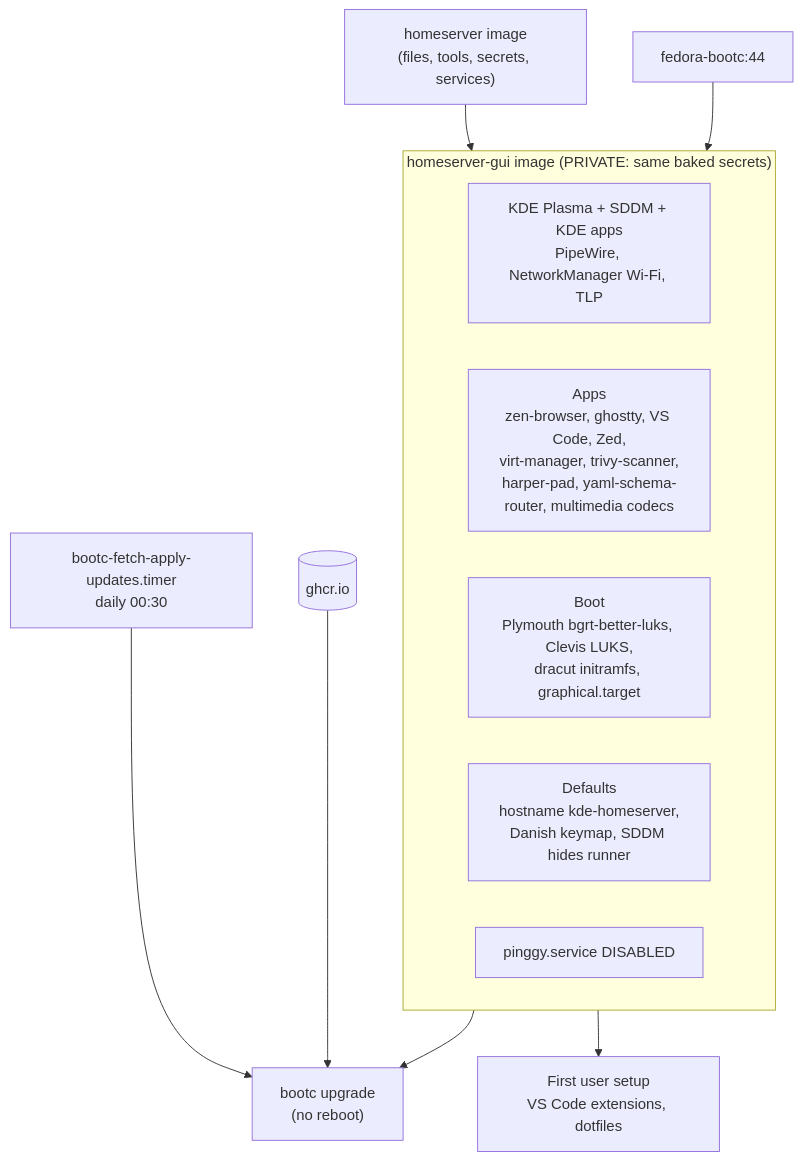
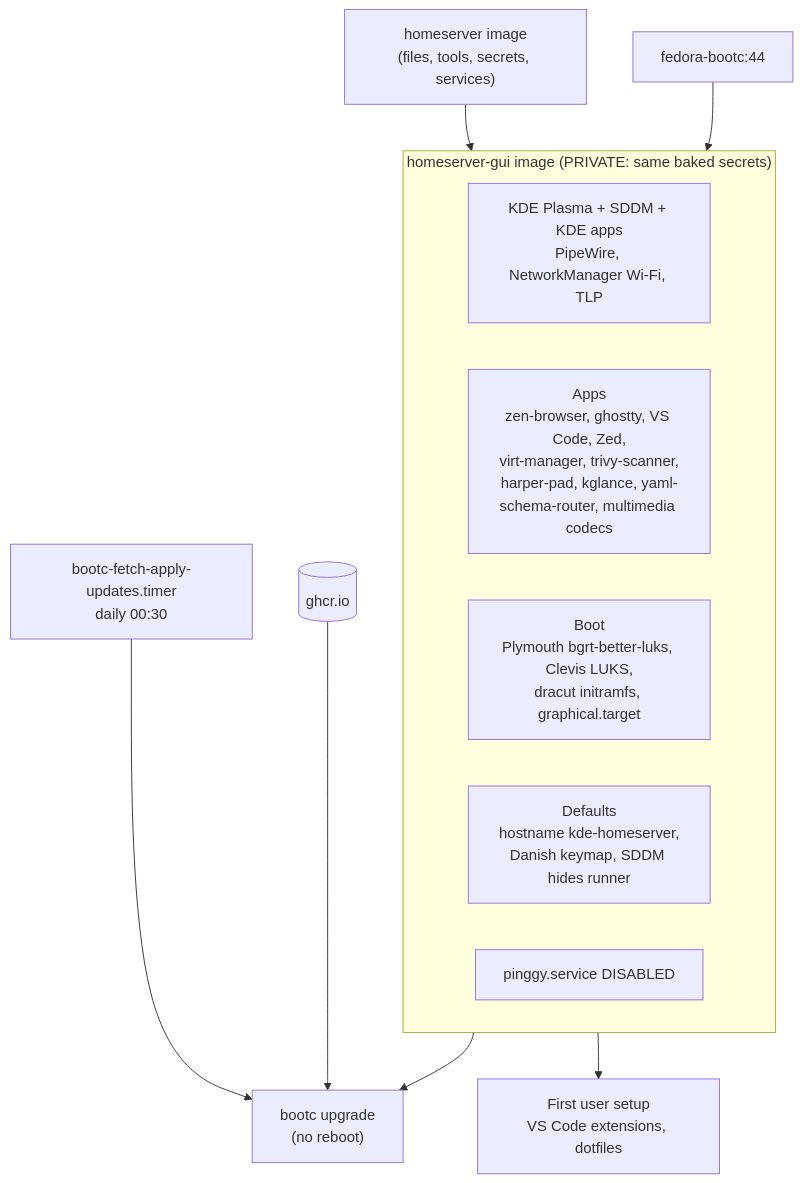
One commit to cthtrifork/homeserver-bootc changed the diagram in docs/homeserver-gui/README.md. Above: the diagram before and after it, drawn with Mermaid. The commit also changed other lines of this file and 2 other files, not shown here.

First line of the commit message:
feat(homeserver-gui): install KGlance (#1098)

````diff
--- a/docs/homeserver-gui/README.md
+++ b/docs/homeserver-gui/README.md
@@ -11,16 +11,16 @@
 ```mermaid
 flowchart TD
     HS["homeserver image<br/>(files, tools, secrets, services)"] --> IMG
     BASE["fedora-bootc:44"] --> IMG
     subgraph IMG["homeserver-gui image (PRIVATE: same baked secrets)"]
         KDE["KDE Plasma + SDDM + KDE apps<br/>PipeWire, NetworkManager Wi-Fi, TLP"]
-        APPS["Apps<br/>zen-browser, ghostty, VS Code, Zed,<br/>virt-manager, trivy-scanner,<br/>harper-pad, yaml-schema-router, multimedia codecs"]
+        APPS["Apps<br/>zen-browser, ghostty, VS Code, Zed,<br/>virt-manager, trivy-scanner,<br/>harper-pad, kglance, yaml-schema-router, multimedia codecs"]
         BOOTX["Boot<br/>Plymouth bgrt-better-luks, Clevis LUKS,<br/>dracut initramfs, graphical.target"]
         DEF["Defaults<br/>hostname kde-homeserver,<br/>Danish keymap, SDDM hides runner"]
         NOPING["pinggy.service DISABLED"]
     end
     TIMER["bootc-fetch-apply-updates.timer<br/>daily 00:30"] --> UPG["bootc upgrade<br/>(no reboot)"]
     REG[("ghcr.io")] --> UPG
     IMG --> UPG
     IMG --> FB["First user setup<br/>VS Code extensions, dotfiles"]
 ```
````
